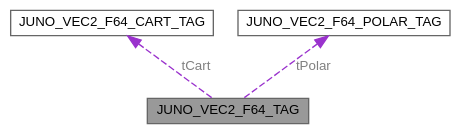
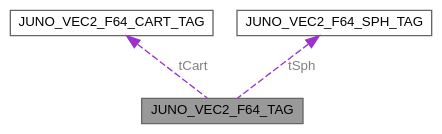
Before and after one commit to robinonsay/libjuno: the diagram in unionJUNO__VEC2__F64__TAG__coll__graph.dot, drawn with Graphviz. The commit also changed 241 other files, not shown here.

```diff
--- a/unionJUNO__VEC2__F64__TAG__coll__graph.dot
+++ b/unionJUNO__VEC2__F64__TAG__coll__graph.dot
@@ -1,12 +1,12 @@
 digraph "JUNO_VEC2_F64_TAG"
 {
  // LATEX_PDF_SIZE
   bgcolor="transparent";
   edge [fontname=Helvetica,fontsize=10,labelfontname=Helvetica,labelfontsize=10];
   node [fontname=Helvetica,fontsize=10,shape=box,height=0.2,width=0.4];
   Node1 [id="Node000001",label="JUNO_VEC2_F64_TAG",height=0.2,width=0.4,color="gray40", fillcolor="grey60", style="filled", fontcolor="black",tooltip="2D vector union supporting Cartesian, polar, and array access (double precision)."];
   Node2 -> Node1 [id="edge1_Node000001_Node000002",dir="back",color="darkorchid3",style="dashed",tooltip=" ",label=" tCart",fontcolor="grey" ];
   Node2 [id="Node000002",label="JUNO_VEC2_F64_CART_TAG",height=0.2,width=0.4,color="gray40", fillcolor="white", style="filled",URL="$structJUNO__VEC2__F64__CART__TAG.html",tooltip="2D vector in Cartesian coordinates (double precision)."];
-  Node3 -> Node1 [id="edge2_Node000001_Node000003",dir="back",color="darkorchid3",style="dashed",tooltip=" ",label=" tPolar",fontcolor="grey" ];
-  Node3 [id="Node000003",label="JUNO_VEC2_F64_POLAR_TAG",height=0.2,width=0.4,color="gray40", fillcolor="white", style="filled",URL="$structJUNO__VEC2__F64__POLAR__TAG.html",tooltip="2D vector in polar coordinates (double precision)."];
+  Node3 -> Node1 [id="edge2_Node000001_Node000003",dir="back",color="darkorchid3",style="dashed",tooltip=" ",label=" tSph",fontcolor="grey" ];
+  Node3 [id="Node000003",label="JUNO_VEC2_F64_SPH_TAG",height=0.2,width=0.4,color="gray40", fillcolor="white", style="filled",URL="$structJUNO__VEC2__F64__SPH__TAG.html",tooltip="2D vector in polar coordinates (double precision)."];
 }
```
